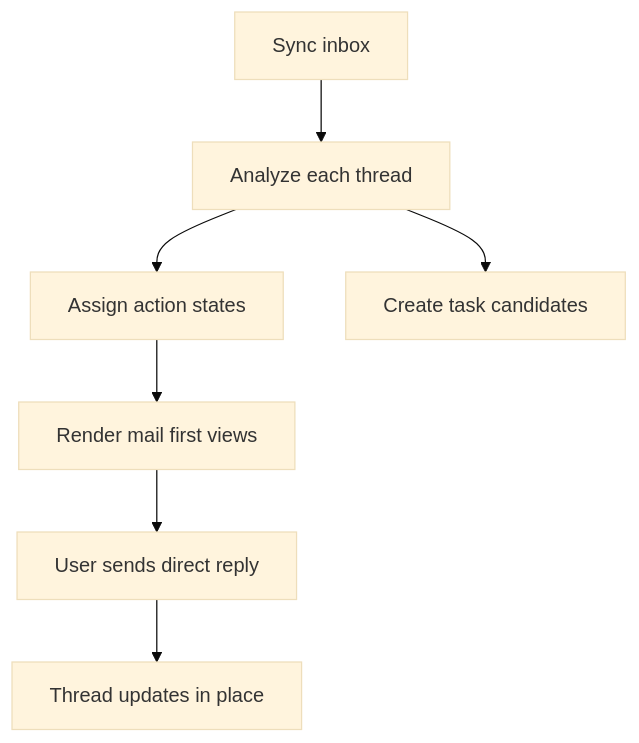
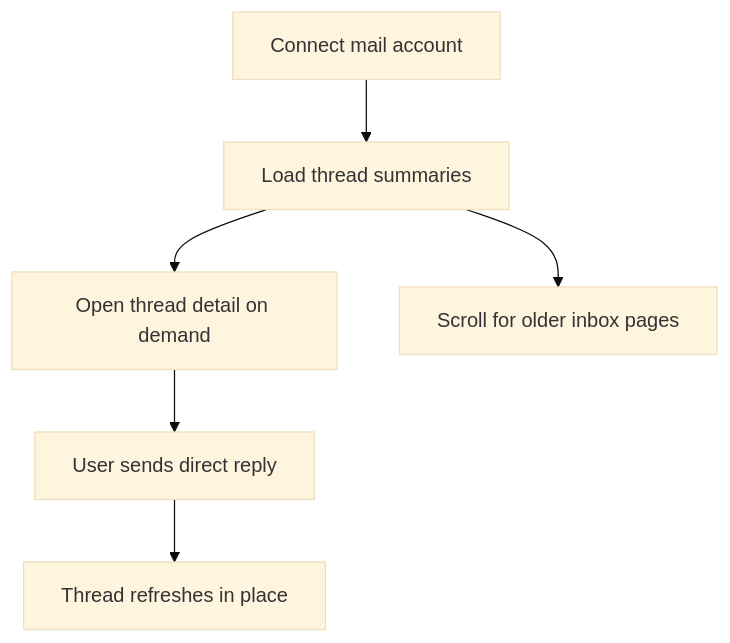
Before and after one commit to ruoliu2/InboxOS: the second of 2 diagrams in README.md, drawn with Mermaid (base theme). The commit also changed other lines of this file and 33 other files, not shown here.

Commit message:
Remove legacy sync and thread stack

````diff
--- a/README.md
+++ b/README.md
@@ -36,9 +37,8 @@
 ```mermaid
 graph TD
-A1["Sync inbox"] --> B1["Analyze each thread"]
-B1 --> C1["Assign action states"]
-B1 --> D1["Create task candidates"]
-C1 --> E1["Render mail first views"]
-E1 --> F1["User sends direct reply"]
-F1 --> G1["Thread updates in place"]
+A1["Connect mail account"] --> B1["Load thread summaries"]
+B1 --> C1["Open thread detail on demand"]
+B1 --> D1["Scroll for older inbox pages"]
+C1 --> E1["User sends direct reply"]
+E1 --> F1["Thread refreshes in place"]
 ```
````
